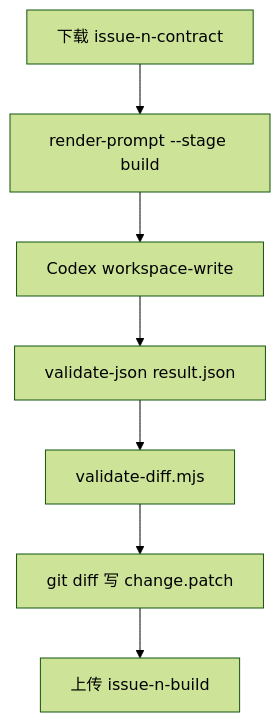
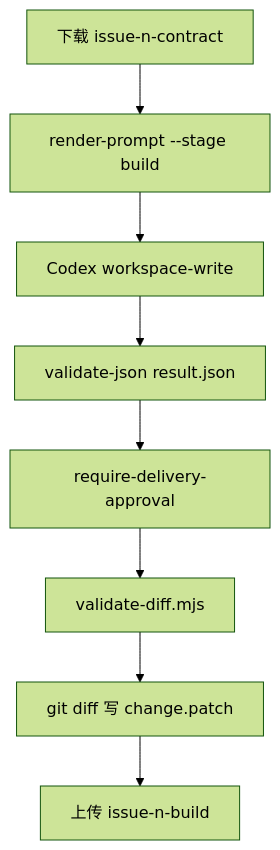
Before and after one commit to liuzhuang/signalpatch: the third of 6 diagrams in .github/workflows/issue-delivery.yml.md, drawn with Mermaid (forest theme). The commit also changed other lines of this file and 17 other files, not shown here.

Commit message:
fix: enforce Codex delivery preflight (#35)

````diff
--- a/.github/workflows/issue-delivery.yml.md
+++ b/.github/workflows/issue-delivery.yml.md
@@ -213,12 +215,13 @@
 ```mermaid
 flowchart TD
   dl[下载 issue-n-contract]
   prompt[render-prompt --stage build]
   codex[Codex workspace-write]
   vjson[validate-json result.json]
+  approval[require-delivery-approval]
   vdiff[validate-diff.mjs]
   patch[git diff 写 change.patch]
   up[上传 issue-n-build]
 
-  dl --> prompt --> codex --> vjson --> vdiff --> patch --> up
+  dl --> prompt --> codex --> vjson --> approval --> vdiff --> patch --> up
 ```
````
